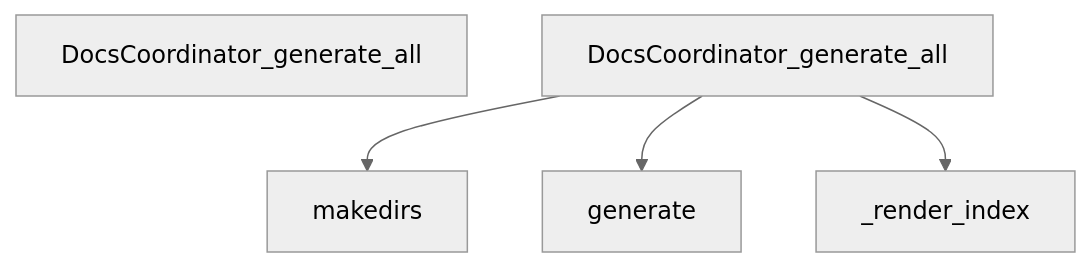
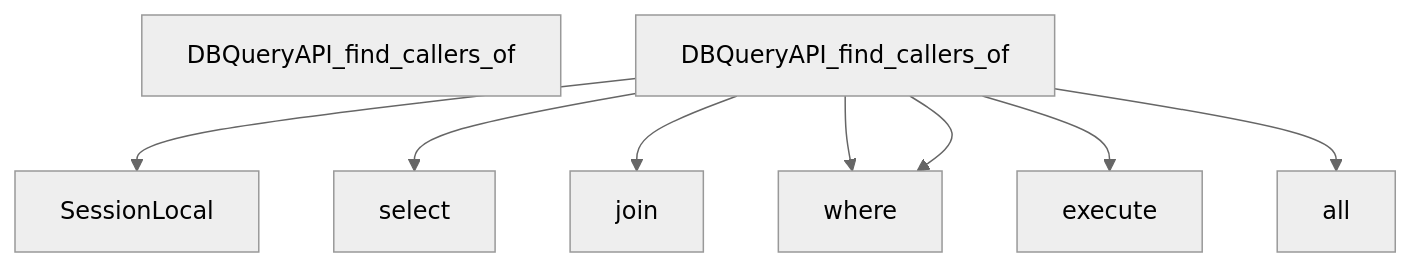
Diagram 14 of 28 in docs/DATA_FLOW.md (hazalkoom/DECODEx01), drawn with Mermaid (neutral theme) before and after one commit. The commit also changed other lines of this file and 6 other files, not shown here.

Commit message:
feat: NLG heuristic improvements - stricter schema matching, python decorator parsing, utility path pruning

````diff
--- a/docs/DATA_FLOW.md
+++ b/docs/DATA_FLOW.md
@@ -531,17 +531,33 @@
 ```mermaid
 graph TD
-    Start[DocsCoordinator_generate_all]
+    Start[DBQueryAPI_find_callers_of]
 
 
-    DocsCoordinator_generate_all --> makedirs
+    DBQueryAPI_find_callers_of --> SessionLocal
 
 
 
-    DocsCoordinator_generate_all --> generate
+    DBQueryAPI_find_callers_of --> select
 
 
 
-    DocsCoordinator_generate_all --> _render_index
+    DBQueryAPI_find_callers_of --> join
+
+
+
+    DBQueryAPI_find_callers_of --> where
+
+
+
+    DBQueryAPI_find_callers_of --> where
+
+
+
+    DBQueryAPI_find_callers_of --> execute
+
+
+
+    DBQueryAPI_find_callers_of --> all
 
 
 ```
````
